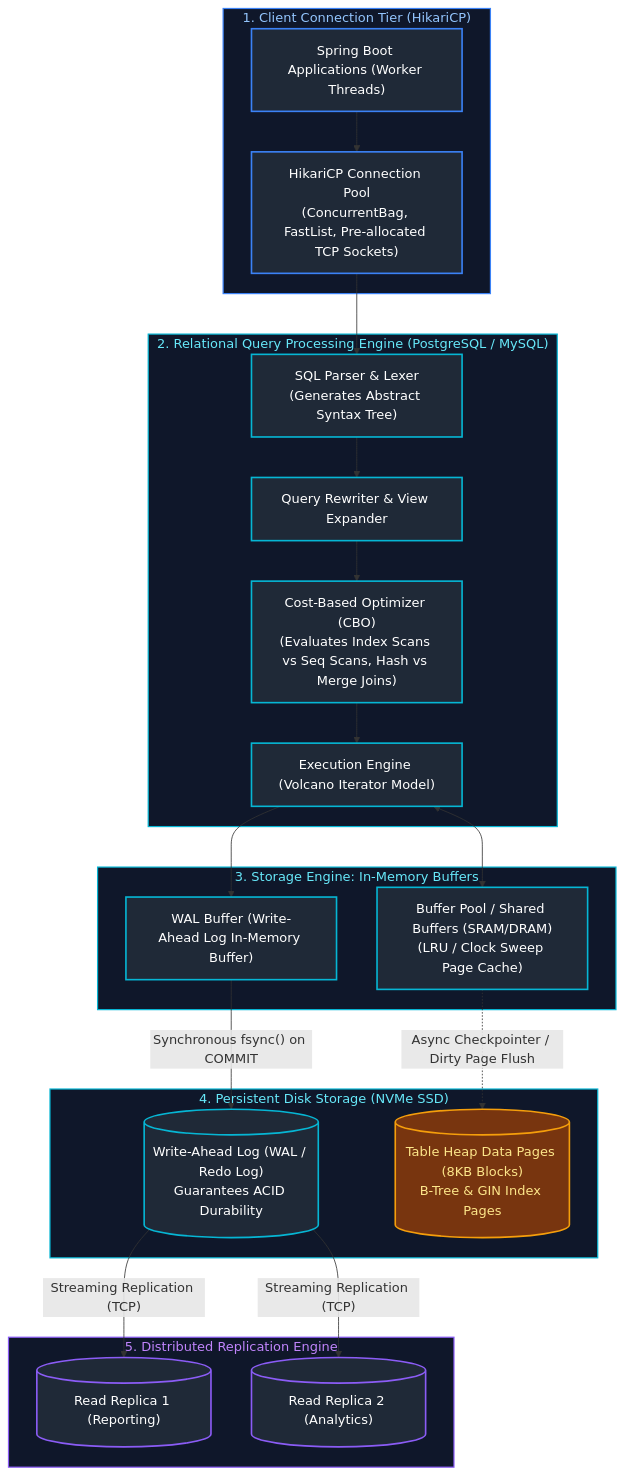
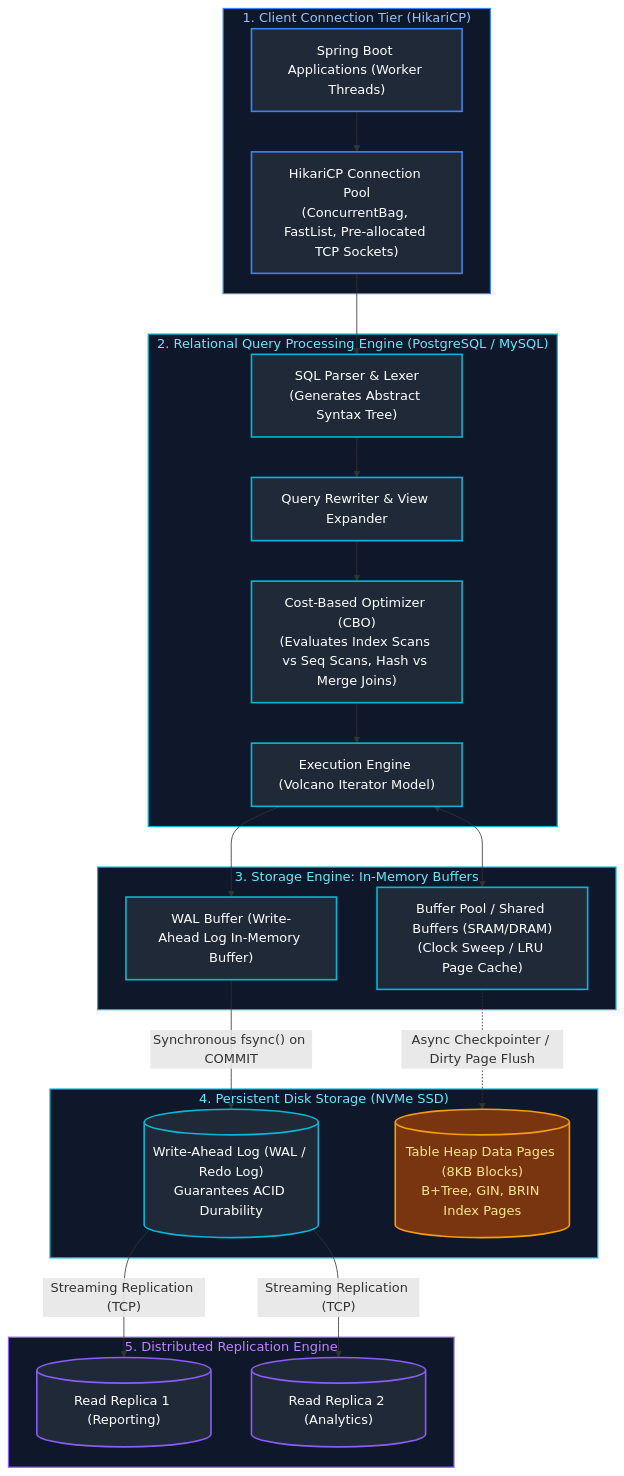
The first of 13 diagrams in Java Backend Engineering/09_relational_databases_and_sql.md (joydeep-biswas/Interview-Preparation), drawn with Mermaid before and after one commit. The commit also changed other lines of this file and 143 other files, not shown here.

````diff
--- a/Java Backend Engineering/09_relational_databases_and_sql.md
+++ b/Java Backend Engineering/09_relational_databases_and_sql.md
@@ -9,47 +9,46 @@
 ```mermaid
 flowchart TD
     subgraph Client_Connection_Pool["1. Client Connection Tier (HikariCP)"]
         JavaApp["Spring Boot Applications (Worker Threads)"] --> Hikari["HikariCP Connection Pool<br/>(ConcurrentBag, FastList, Pre-allocated TCP Sockets)"]
     end
 
     subgraph Query_Processing_Engine["2. Relational Query Processing Engine (PostgreSQL / MySQL)"]
         Hikari --> Parser["SQL Parser & Lexer<br/>(Generates Abstract Syntax Tree)"]
         Parser --> Rewriter["Query Rewriter & View Expander"]
         Rewriter --> Optimizer["Cost-Based Optimizer (CBO)<br/>(Evaluates Index Scans vs Seq Scans, Hash vs Merge Joins)"]
         Optimizer --> Executor["Execution Engine (Volcano Iterator Model)"]
     end
 
     subgraph Storage_Engine_Memory["3. Storage Engine: In-Memory Buffers"]
-        Executor <--> SharedBuffers["Buffer Pool / Shared Buffers (SRAM/DRAM)<br/>(LRU / Clock Sweep Page Cache)"]
+        Executor <--> SharedBuffers["Buffer Pool / Shared Buffers (SRAM/DRAM)<br/>(Clock Sweep / LRU Page Cache)"]
         Executor --> WALBuffer["WAL Buffer (Write-Ahead Log In-Memory Buffer)"]
     end
 
     subgraph Persistent_Disk["4. Persistent Disk Storage (NVMe SSD)"]
         WALBuffer -->|"Synchronous fsync() on COMMIT"| WALDisk[("Write-Ahead Log (WAL / Redo Log)<br/>Guarantees ACID Durability")]
-        SharedBuffers -.->|"Async Checkpointer / Dirty Page Flush"| TableHeap[("Table Heap Data Pages (8KB Blocks)<br/>B-Tree & GIN Index Pages")]
+        SharedBuffers -.->|"Async Checkpointer / Dirty Page Flush"| TableHeap[("Table Heap Data Pages (8KB Blocks)<br/>B+Tree, GIN, BRIN Index Pages")]
     end
 
     subgraph Replication_Topology["5. Distributed Replication Engine"]
         WALDisk -->|"Streaming Replication (TCP)"| Replica1[("Read Replica 1 (Reporting)")]
         WALDisk -->|"Streaming Replication (TCP)"| Replica2[("Read Replica 2 (Analytics)")]
     end
 
     style Client_Connection_Pool fill:#0f172a,stroke:#3b82f6,stroke-width:1.5px,color:#93c5fd
     style Query_Processing_Engine fill:#0f172a,stroke:#06b6d4,stroke-width:1.5px,color:#67e8f9
     style Storage_Engine_Memory fill:#0f172a,stroke:#06b6d4,stroke-width:1.5px,color:#67e8f9
     style Persistent_Disk fill:#0f172a,stroke:#06b6d4,stroke-width:1.5px,color:#67e8f9
     style Replication_Topology fill:#0f172a,stroke:#8b5cf6,stroke-width:1.5px,color:#c084fc
-
     style JavaApp fill:#1f2937,stroke:#3b82f6,stroke-width:2px,color:#fff
     style Hikari fill:#1f2937,stroke:#3b82f6,stroke-width:2px,color:#fff
     style Parser fill:#1f2937,stroke:#06b6d4,stroke-width:2px,color:#fff
     style Rewriter fill:#1f2937,stroke:#06b6d4,stroke-width:2px,color:#fff
     style Optimizer fill:#1f2937,stroke:#06b6d4,stroke-width:2px,color:#fff
     style Executor fill:#1f2937,stroke:#06b6d4,stroke-width:2px,color:#fff
     style SharedBuffers fill:#1f2937,stroke:#06b6d4,stroke-width:2px,color:#fff
     style WALBuffer fill:#1f2937,stroke:#06b6d4,stroke-width:2px,color:#fff
     style WALDisk fill:#1f2937,stroke:#06b6d4,stroke-width:2px,color:#fff
     style TableHeap fill:#78350f,stroke:#f59e0b,stroke-width:2px,color:#fde68a
     style Replica1 fill:#1f2937,stroke:#8b5cf6,stroke-width:2px,color:#fff
     style Replica2 fill:#1f2937,stroke:#8b5cf6,stroke-width:2px,color:#fff
 ```
````
